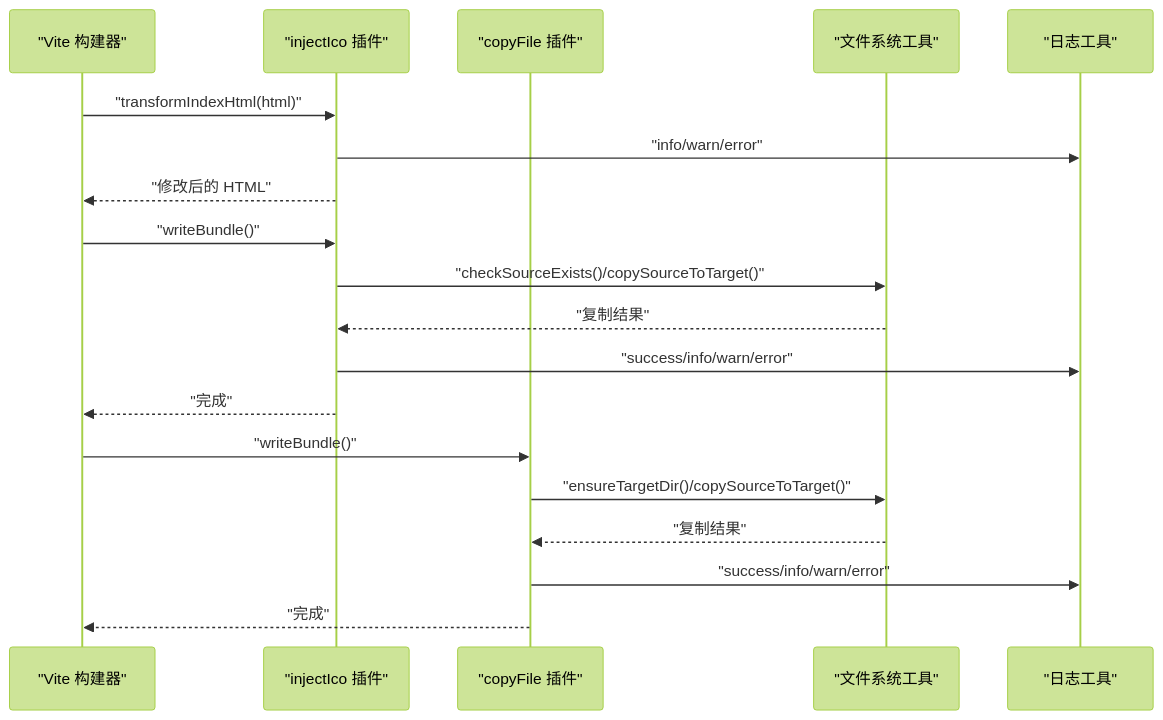
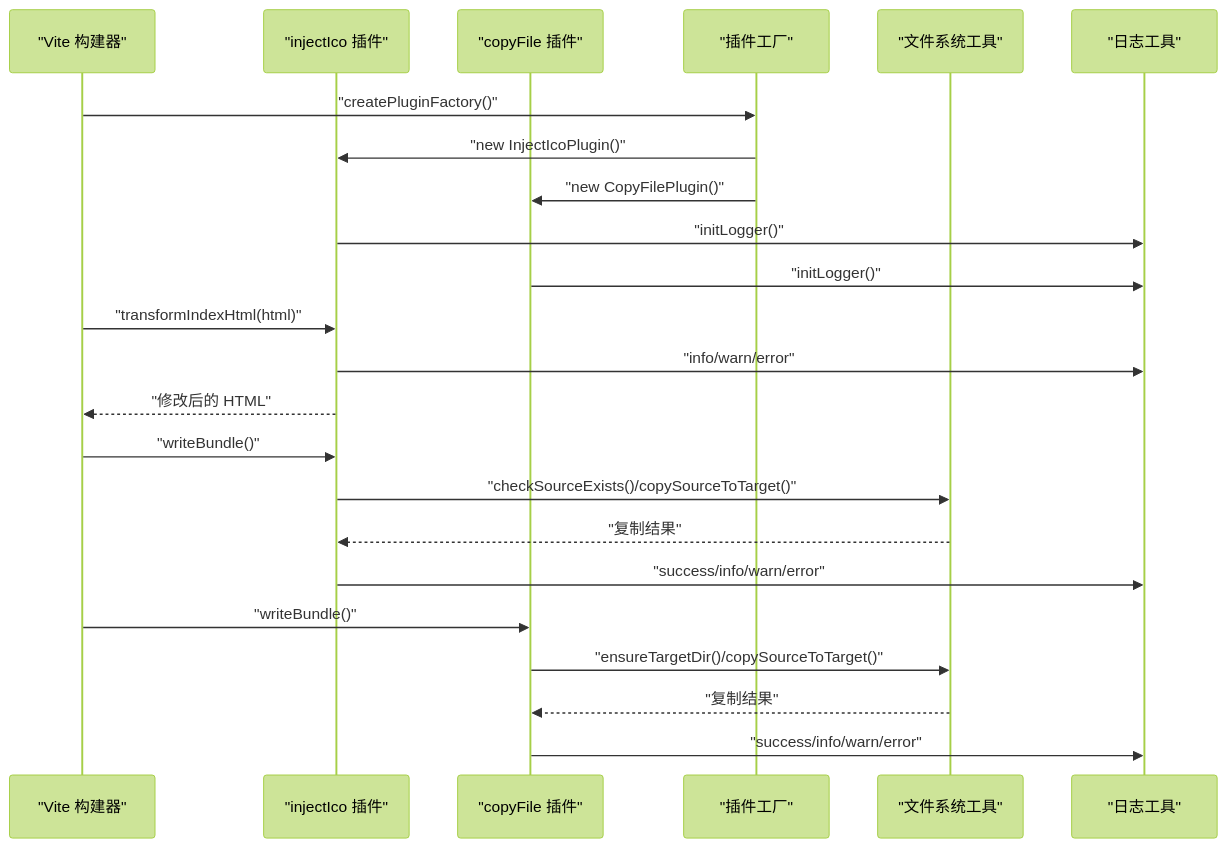
One commit to MengXi-Studio/vite-plugin changed the second of 6 diagrams in .qoder/repowiki/zh/content/故障排除.md. Above: the diagram before and after it, drawn with Mermaid (forest theme). The commit also changed other lines of this file and 6 other files, not shown here.

````diff
--- a/.qoder/repowiki/zh/content/故障排除.md
+++ b/.qoder/repowiki/zh/content/故障排除.md
@@ -108,21 +116,25 @@
 ```mermaid
 sequenceDiagram
 participant Vite as "Vite 构建器"
 participant Inject as "injectIco 插件"
 participant Copy as "copyFile 插件"
+participant Factory as "插件工厂"
 participant FS as "文件系统工具"
 participant Log as "日志工具"
+Vite->>Factory : "createPluginFactory()"
+Factory->>Inject : "new InjectIcoPlugin()"
+Factory->>Copy : "new CopyFilePlugin()"
+Inject->>Log : "initLogger()"
+Copy->>Log : "initLogger()"
 Vite->>Inject : "transformIndexHtml(html)"
 Inject->>Log : "info/warn/error"
 Inject-->>Vite : "修改后的 HTML"
 Vite->>Inject : "writeBundle()"
 Inject->>FS : "checkSourceExists()/copySourceToTarget()"
 FS-->>Inject : "复制结果"
 Inject->>Log : "success/info/warn/error"
-Inject-->>Vite : "完成"
 Vite->>Copy : "writeBundle()"
 Copy->>FS : "ensureTargetDir()/copySourceToTarget()"
 FS-->>Copy : "复制结果"
 Copy->>Log : "success/info/warn/error"
-Copy-->>Vite : "完成"
 ```
````
